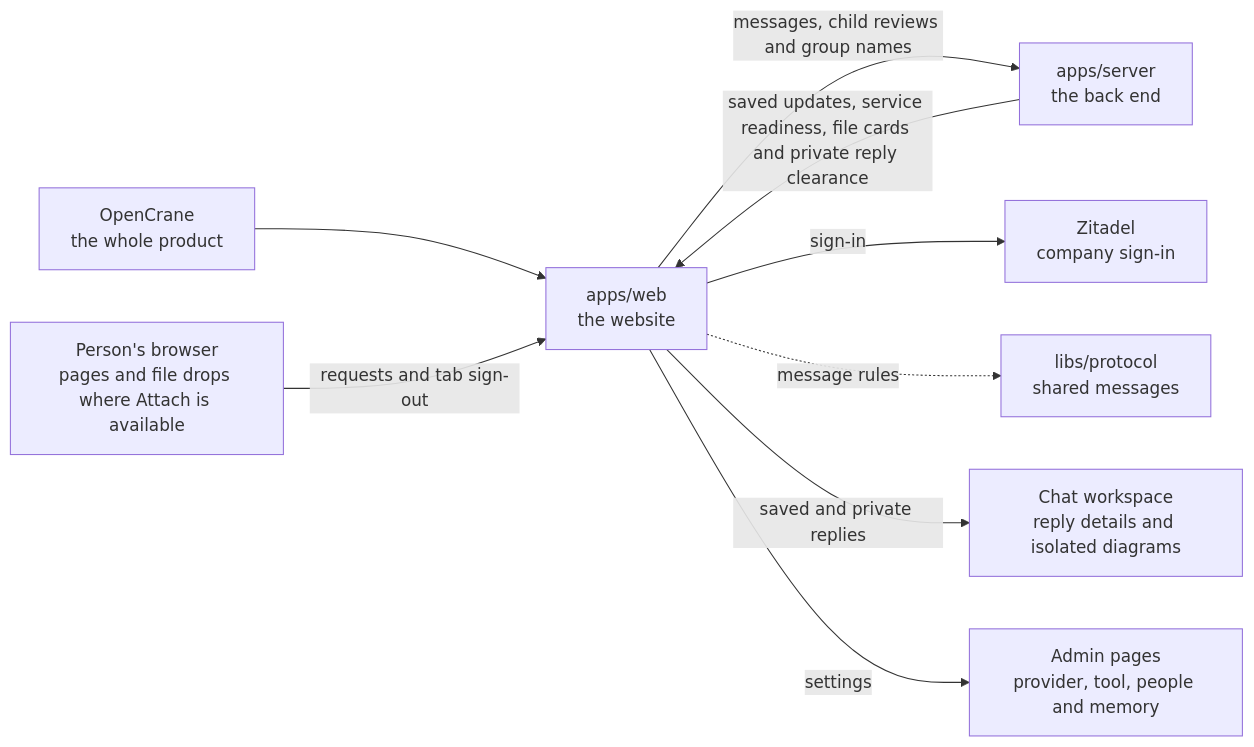
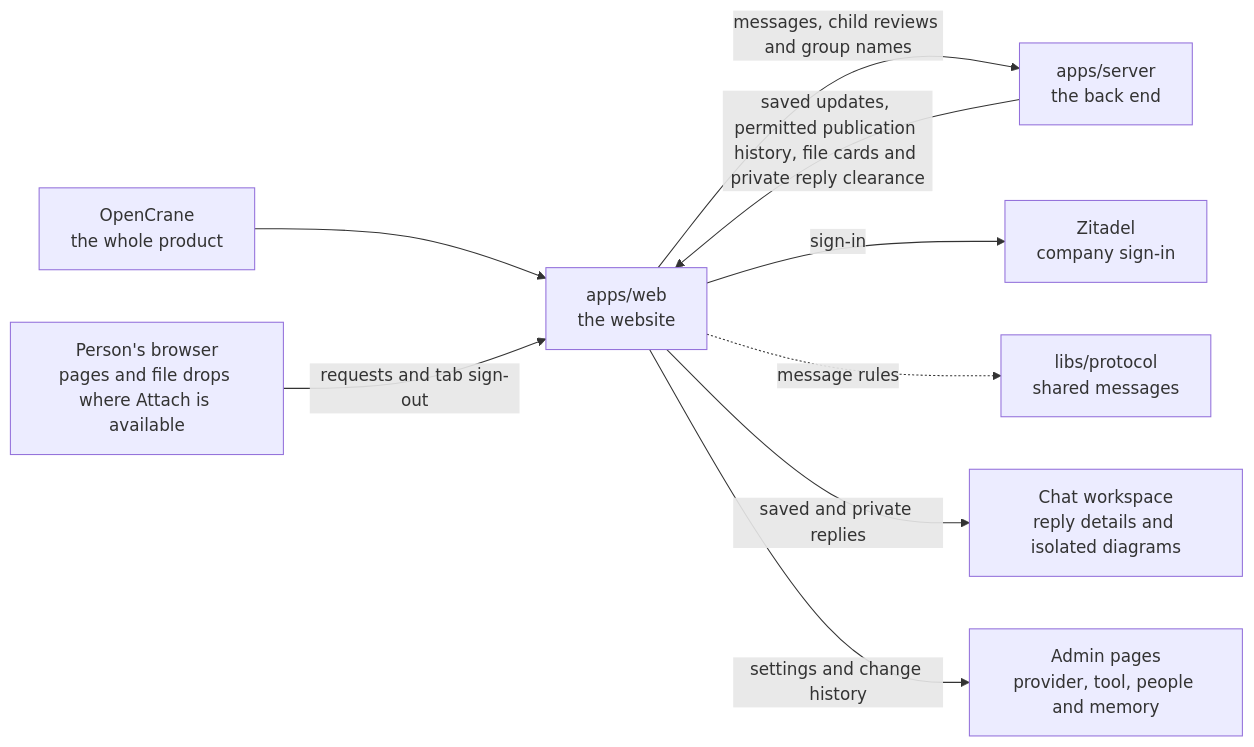
The diagram in apps/web/README.md (elewa-git/opencrane-new), drawn with Mermaid before and after one commit. The commit also changed other lines of this file and 19 other files, not shown here.

Commit message:
🧾 Show safe child publication facts in history

````diff
--- a/apps/web/README.md
+++ b/apps/web/README.md
@@ -16,11 +16,11 @@
 ```mermaid
 flowchart LR
   system["OpenCrane<br/>the whole product"] --> web["apps/web<br/>the website"]
   browser["Person's browser<br/>pages and file drops where Attach is available"] -->|requests and tab sign-out| web
   web -->|messages, child reviews and group names| server["apps/server<br/>the back end"]
-  server -->|saved updates, service readiness, file cards and private reply clearance| web
+  server -->|saved updates, permitted publication history, file cards and private reply clearance| web
   web -->|sign-in| zitadel["Zitadel<br/>company sign-in"]
   web -.->|message rules| protocol["libs/protocol<br/>shared messages"]
   web -->|saved and private replies| capture["Chat workspace<br/>reply details and isolated diagrams"]
-  web -->|settings| admin["Admin pages<br/>provider, tool, people and memory"]
+  web -->|settings and change history| admin["Admin pages<br/>provider, tool, people and memory"]
 ```
````
